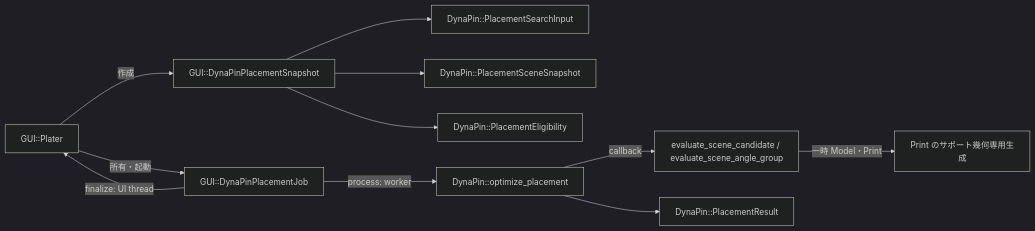
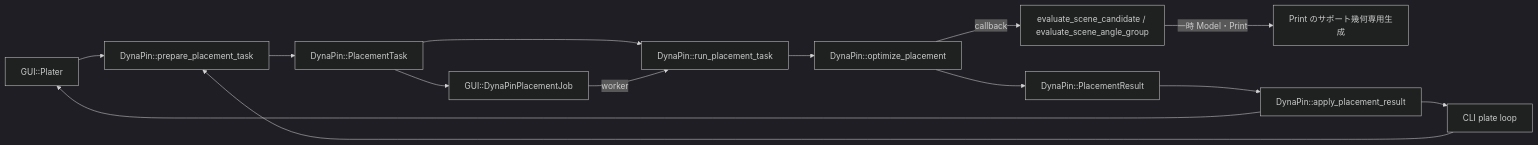
One commit to RAKE-FMS/OrcaSlicer-DynaPin changed the diagram in docs/DYNAPIN_PLACEMENT_PROGRAM_SPEC.md. Above: the diagram before and after it, drawn with Mermaid (dark theme). The commit also changed other lines of this file and 16 other files, not shown here.

````diff
--- a/docs/DYNAPIN_PLACEMENT_PROGRAM_SPEC.md
+++ b/docs/DYNAPIN_PLACEMENT_PROGRAM_SPEC.md
@@ -9,13 +9,16 @@
 ```mermaid
 flowchart LR
-  P[GUI::Plater] -->|所有・起動| J[GUI::DynaPinPlacementJob]
-  P -->|作成| S[GUI::DynaPinPlacementSnapshot]
-  S --> I[DynaPin::PlacementSearchInput]
-  S --> C[DynaPin::PlacementSceneSnapshot]
-  S --> E[DynaPin::PlacementEligibility]
-  J -->|process: worker| O[DynaPin::optimize_placement]
+  P[GUI::Plater] --> A[DynaPin::prepare_placement_task]
+  C[CLI plate loop] --> A
+  A --> T[DynaPin::PlacementTask]
+  T --> J[GUI::DynaPinPlacementJob]
+  T --> R[DynaPin::run_placement_task]
+  J -->|worker| R
+  R --> O[DynaPin::optimize_placement]
   O -->|callback| V[evaluate_scene_candidate / evaluate_scene_angle_group]
   V -->|一時 Model・Print| G[Print のサポート幾何専用生成]
-  O --> R[DynaPin::PlacementResult]
-  J -->|finalize: UI thread| P
+  O --> PR[DynaPin::PlacementResult]
+  PR --> AP[DynaPin::apply_placement_result]
+  AP --> P
+  AP --> C
 ```
````
